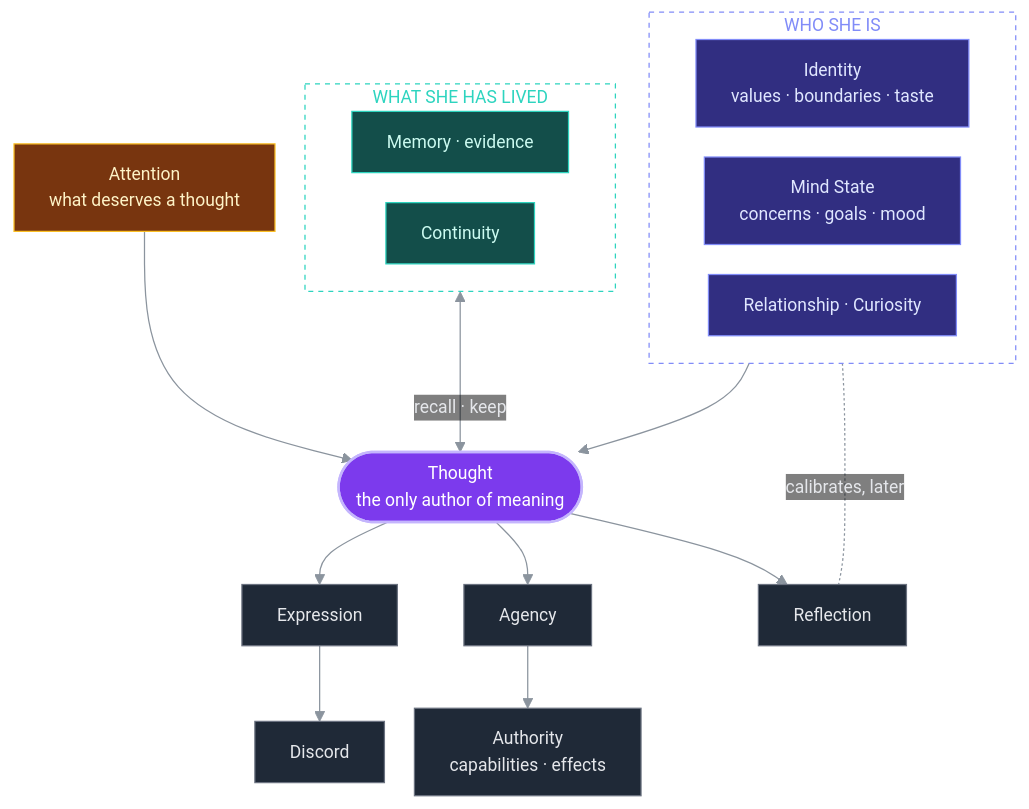
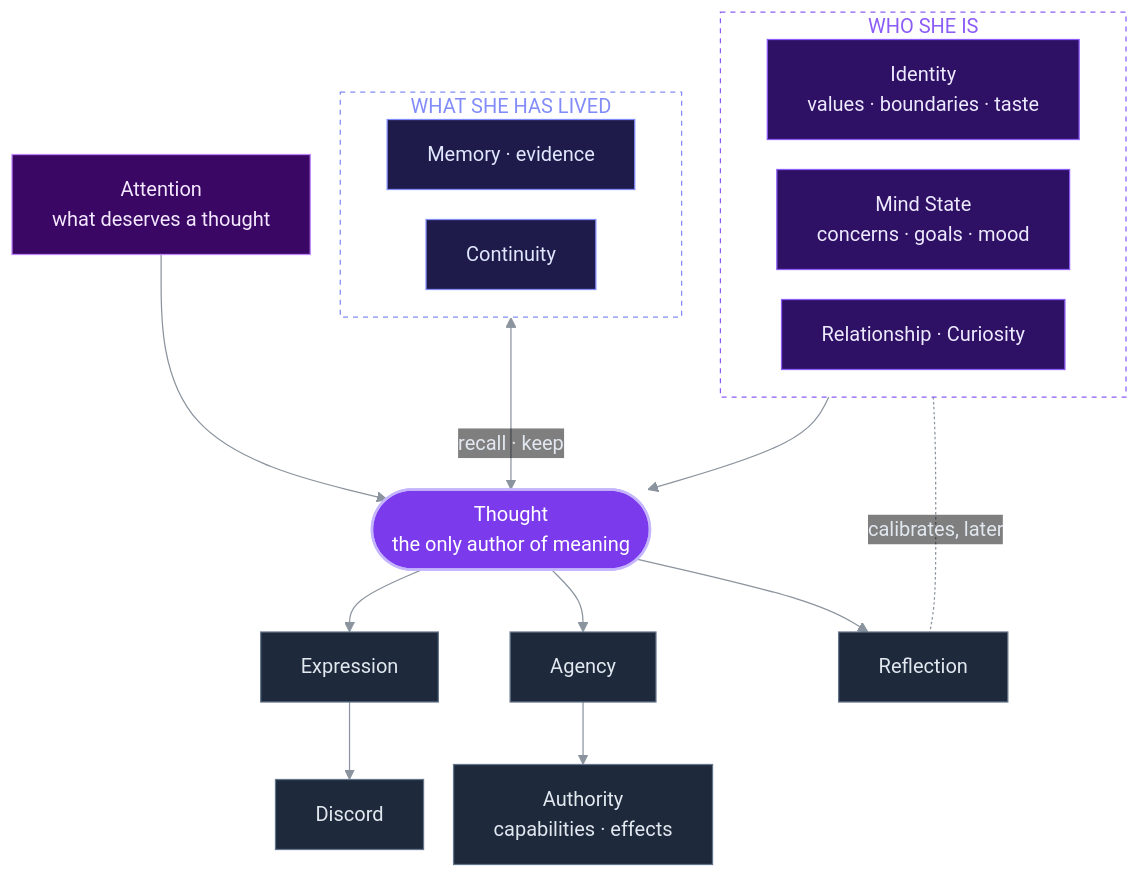
The first of 6 diagrams in README.md (XharvaK/Ashley), drawn with Mermaid before and after one commit. The commit also changed other lines of this file, not shown here.

Commit message:
README: one palette for the diagrams, GitHub's own font (no clipped labels), User instead of Owner

````diff
--- a/README.md
+++ b/README.md
@@ -28,42 +28,38 @@
 ```mermaid
-%%{init: {"theme": "base", "themeVariables": {"fontFamily": "ui-sans-serif, -apple-system, Segoe UI, Helvetica, Arial, sans-serif", "fontSize": "14px", "lineColor": "#8b949e", "textColor": "#8b949e", "edgeLabelBackground": "transparent", "clusterBkg": "transparent", "clusterBorder": "#8b949e", "primaryColor": "#1f2937", "primaryBorderColor": "#6b7280", "primaryTextColor": "#e5e7eb"}, "themeCSS": ".labelBkg, .edgeLabel { background-color: transparent !important; } .cluster-label span, .cluster-label p { letter-spacing: 0.08em; font-size: 12px; }", "flowchart": {"wrappingWidth": 320, "curve": "basis", "nodeSpacing": 24, "rankSpacing": 50, "padding": 14}}}%%
+%%{init: {"theme": "base", "themeVariables": {"lineColor": "#8b949e", "textColor": "#8b949e", "edgeLabelBackground": "transparent", "clusterBkg": "transparent", "clusterBorder": "#8b949e", "primaryColor": "#1e293b", "primaryBorderColor": "#64748b", "primaryTextColor": "#e2e8f0"}, "themeCSS": ".labelBkg, .edgeLabel { background-color: transparent !important; }", "flowchart": {"curve": "basis", "nodeSpacing": 24, "rankSpacing": 50, "padding": 16}}}%%
 flowchart TB
     subgraph SELF["WHO SHE IS"]
-        direction LR
         I["Identity<br/>values · boundaries · taste"]
         S["Mind State<br/>concerns · goals · mood"]
         RC["Relationship · Curiosity"]
     end
     AT["Attention<br/>what deserves a thought"]
     subgraph PAST["WHAT SHE HAS LIVED"]
-        direction LR
         ME["Memory · evidence"]
         CO["Continuity"]
     end
 
     T(["Thought<br/>the only author of meaning"])
 
     SELF --> T
     AT --> T
     PAST <-->|"recall · keep"| T
 
     T --> EX["Expression"] --> DS["Discord"]
     T --> AG["Agency"] --> AU["Authority<br/>capabilities · effects"]
     T --> RF["Reflection"]
     SELF <-.-|"calibrates, later"| RF
 
-    classDef thought fill:#7c3aed,stroke:#c4b5fd,stroke-width:2px,color:#ffffff
-    classDef self fill:#312e81,stroke:#818cf8,color:#e0e7ff
-    classDef past fill:#134e4a,stroke:#2dd4bf,color:#ccfbf1
-    classDef attn fill:#78350f,stroke:#fbbf24,color:#fef3c7
-    classDef owner fill:#9d174d,stroke:#f9a8d4,stroke-width:2px,color:#fdf2f8
-    classDef mech fill:#1f2937,stroke:#6b7280,color:#e5e7eb
-    classDef gone fill:#1f2937,stroke:#6b7280,stroke-dasharray:4 4,color:#9ca3af
-    class T thought
+    classDef core fill:#7c3aed,stroke:#c4b5fd,color:#ffffff,stroke-width:2px
+    classDef self fill:#2e1065,stroke:#8b5cf6,color:#ede9fe
+    classDef past fill:#1e1b4b,stroke:#818cf8,color:#e0e7ff
+    classDef attn fill:#3b0764,stroke:#c084fc,color:#f3e8ff
+    classDef mech fill:#1e293b,stroke:#64748b,color:#e2e8f0
+    class T core
     class I,S,RC self
     class ME,CO past
     class AT attn
     class EX,DS,AG,AU,RF mech
-    style SELF fill:transparent,stroke:#818cf8,stroke-dasharray:4 4,color:#818cf8
-    style PAST fill:transparent,stroke:#2dd4bf,stroke-dasharray:4 4,color:#2dd4bf
+    style SELF fill:transparent,stroke:#8b5cf6,stroke-dasharray:4 4,color:#8b5cf6
+    style PAST fill:transparent,stroke:#818cf8,stroke-dasharray:4 4,color:#818cf8
 ```
````
